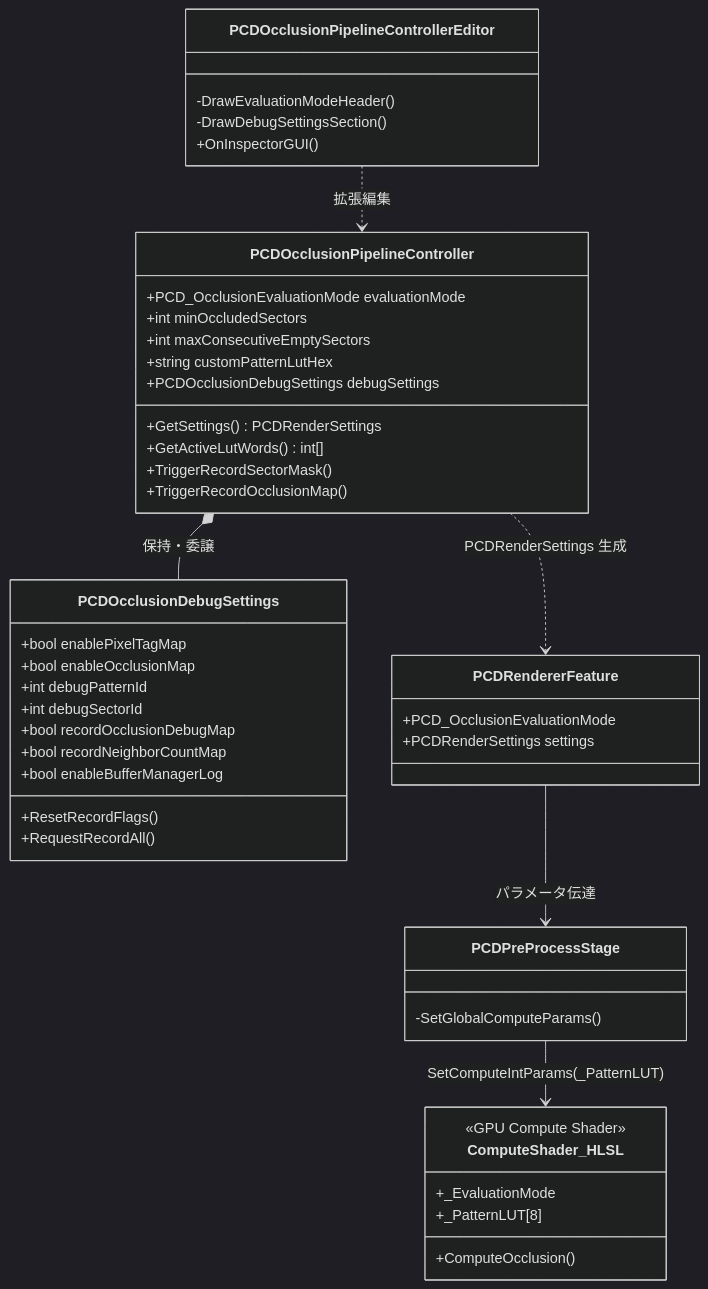
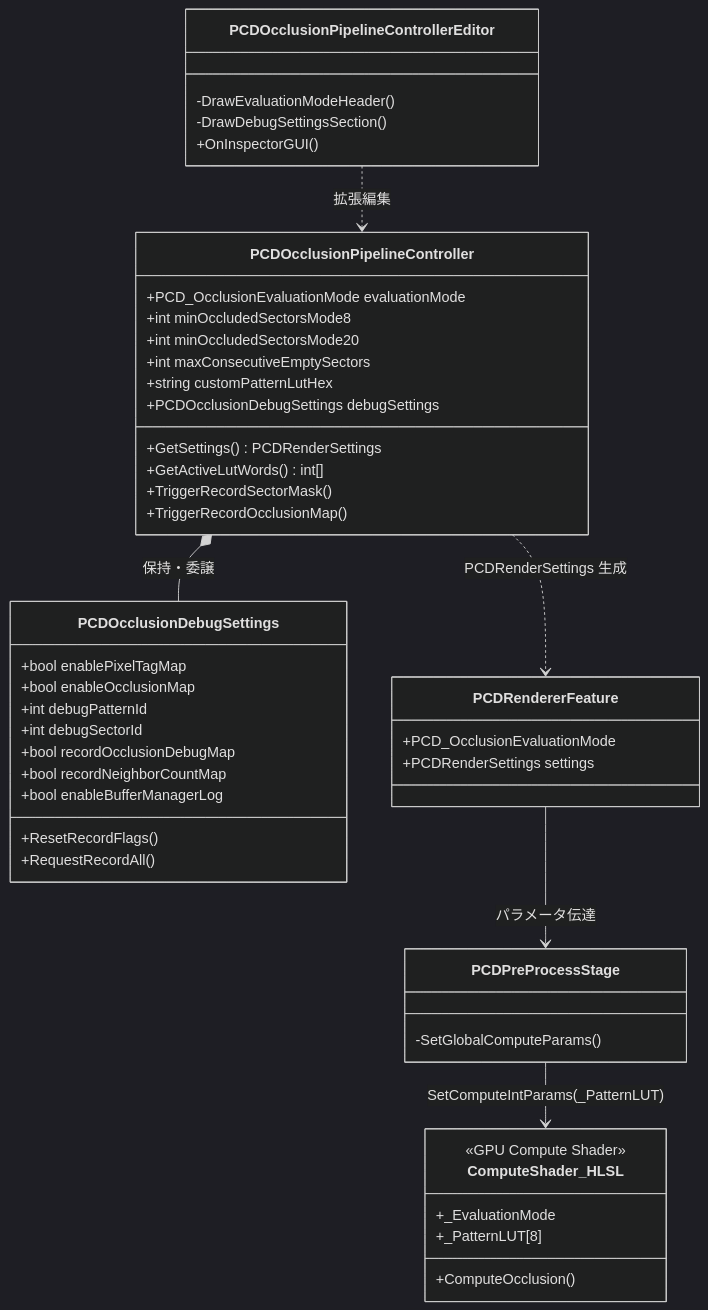
The first of 2 diagrams in Docs/OcclusionRendering.md (kotetsuOU/RealTimeOcclusionDemo), drawn with Mermaid (dark theme) before and after one commit. The commit also changed other lines of this file and 69 other files, not shown here.

````diff
--- a/Docs/OcclusionRendering.md
+++ b/Docs/OcclusionRendering.md
@@ -80,56 +80,57 @@
 ```mermaid
 classDiagram
     direction TB
 
     class PCDOcclusionPipelineController {
         +PCD_OcclusionEvaluationMode evaluationMode
-        +int minOccludedSectors
+        +int minOccludedSectorsMode8
+        +int minOccludedSectorsMode20
         +int maxConsecutiveEmptySectors
         +string customPatternLutHex
         +PCDOcclusionDebugSettings debugSettings
         +GetSettings() PCDRenderSettings
         +GetActiveLutWords() int[]
         +TriggerRecordSectorMask()
         +TriggerRecordOcclusionMap()
     }
 
     class PCDOcclusionDebugSettings {
         +bool enablePixelTagMap
         +bool enableOcclusionMap
         +int debugPatternId
         +int debugSectorId
         +bool recordOcclusionDebugMap
         +bool recordNeighborCountMap
         +bool enableBufferManagerLog
         +ResetRecordFlags()
         +RequestRecordAll()
     }
 
     class PCDOcclusionPipelineControllerEditor {
         -DrawEvaluationModeHeader()
         -DrawDebugSettingsSection()
         +OnInspectorGUI()
     }
 
     class PCDRendererFeature {
         +PCD_OcclusionEvaluationMode
         +PCDRenderSettings settings
     }
 
     class PCDPreProcessStage {
         -SetGlobalComputeParams()
     }
 
     class ComputeShader_HLSL {
         <<GPU Compute Shader>>
         +_EvaluationMode
         +_PatternLUT[8]
         +ComputeOcclusion()
     }
 
     PCDOcclusionPipelineController *-- PCDOcclusionDebugSettings : 保持・委譲
     PCDOcclusionPipelineControllerEditor ..> PCDOcclusionPipelineController : 拡張編集
     PCDOcclusionPipelineController ..> PCDRendererFeature : PCDRenderSettings 生成
     PCDRendererFeature --> PCDPreProcessStage : パラメータ伝達
     PCDPreProcessStage --> ComputeShader_HLSL : SetComputeIntParams(_PatternLUT)
 ```
````
